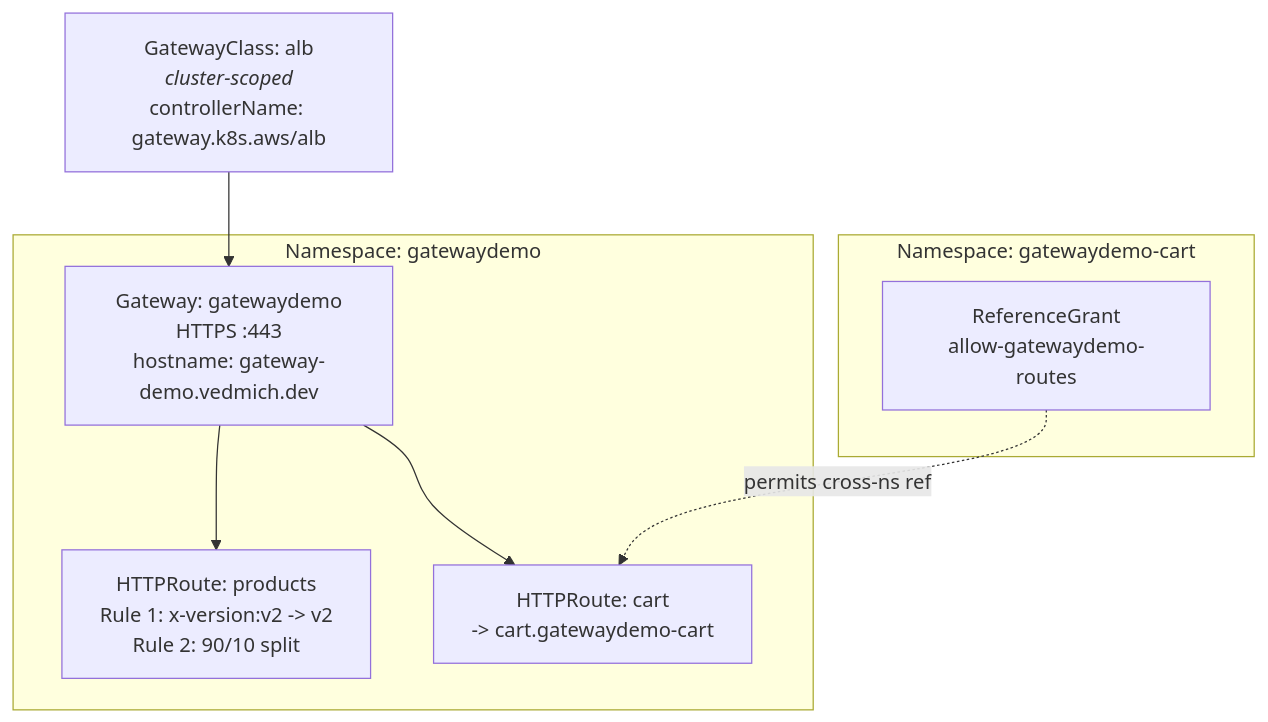
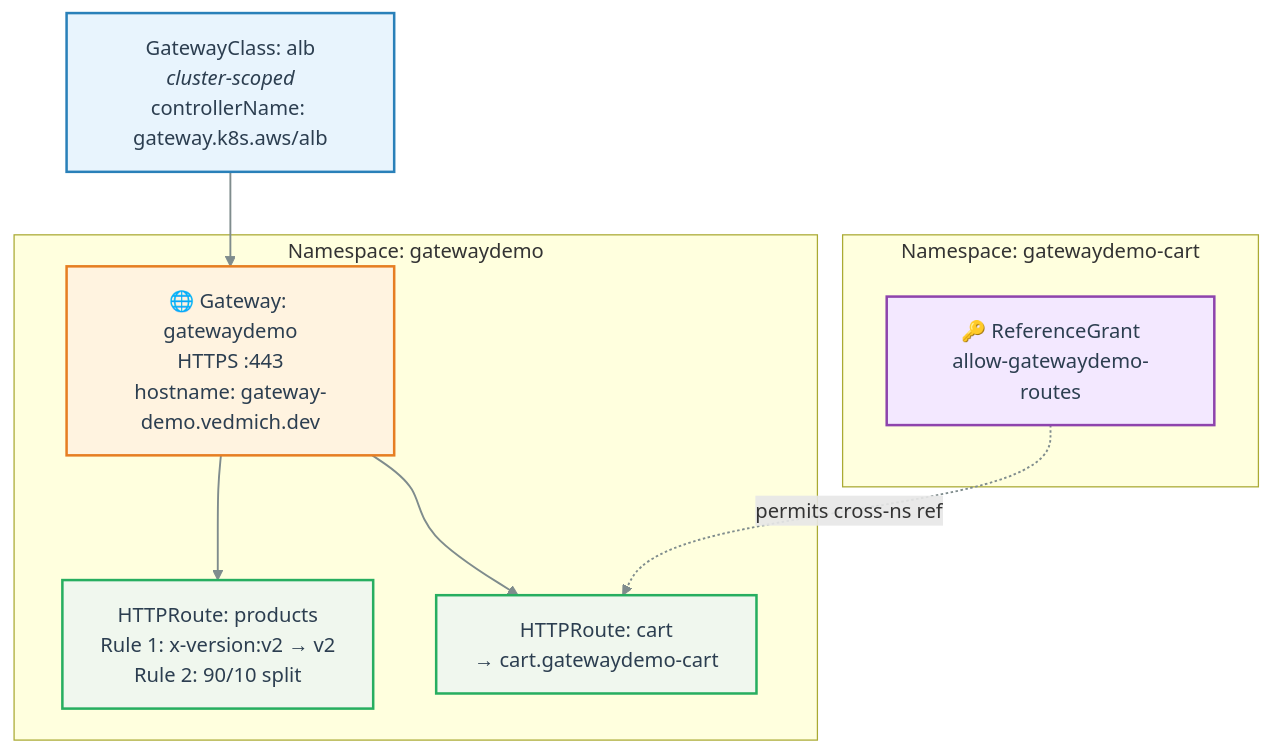
Before and after one commit to DKT-AI/gateway-api-migration-demo: the third of 3 diagrams in docs/labs/lab-01-nginx-migration.md, drawn with Mermaid. The commit also changed other lines of this file and 4 other files, not shown here.

First line of the commit message:
Style all mermaid diagrams with ocean palette for GitHub

````diff
--- a/docs/labs/lab-01-nginx-migration.md
+++ b/docs/labs/lab-01-nginx-migration.md
@@ -164,19 +171,30 @@
 ```mermaid
-graph TB
+flowchart TB
     GC["GatewayClass: alb<br/><i>cluster-scoped</i><br/>controllerName: gateway.k8s.aws/alb"]
 
-    subgraph "Namespace: gatewaydemo"
-        GW["Gateway: gatewaydemo<br/>HTTPS :443<br/>hostname: gateway-demo.vedmich.dev"]
-        HR1["HTTPRoute: products<br/>Rule 1: x-version:v2 -> v2<br/>Rule 2: 90/10 split"]
-        HR2["HTTPRoute: cart<br/>-> cart.gatewaydemo-cart"]
+    subgraph NSMain["Namespace: gatewaydemo"]
+        GW["🌐 Gateway: gatewaydemo<br/>HTTPS :443<br/>hostname: gateway-demo.vedmich.dev"]
+        HR1["HTTPRoute: products<br/>Rule 1: x-version:v2 → v2<br/>Rule 2: 90/10 split"]
+        HR2["HTTPRoute: cart<br/>→ cart.gatewaydemo-cart"]
     end
 
-    subgraph "Namespace: gatewaydemo-cart"
-        RG["ReferenceGrant<br/>allow-gatewaydemo-routes"]
+    subgraph NSCart["Namespace: gatewaydemo-cart"]
+        RG["🔑 ReferenceGrant<br/>allow-gatewaydemo-routes"]
     end
 
     GC --> GW
     GW --> HR1
     GW --> HR2
     RG -.->|"permits cross-ns ref"| HR2
+
+    classDef primary fill:#E8F4FD,stroke:#2980B9,stroke-width:2px,color:#2C3E50
+    classDef secondary fill:#F0F7EE,stroke:#27AE60,stroke-width:2px,color:#2C3E50
+    classDef accent fill:#FFF3E0,stroke:#E67E22,stroke-width:2px,color:#2C3E50
+    classDef tertiary fill:#F3E8FF,stroke:#8E44AD,stroke-width:2px,color:#2C3E50
+    linkStyle default stroke:#7F8C8D,stroke-width:1.5px
+
+    class GC primary
+    class GW accent
+    class HR1,HR2 secondary
+    class RG tertiary
 ```
````
